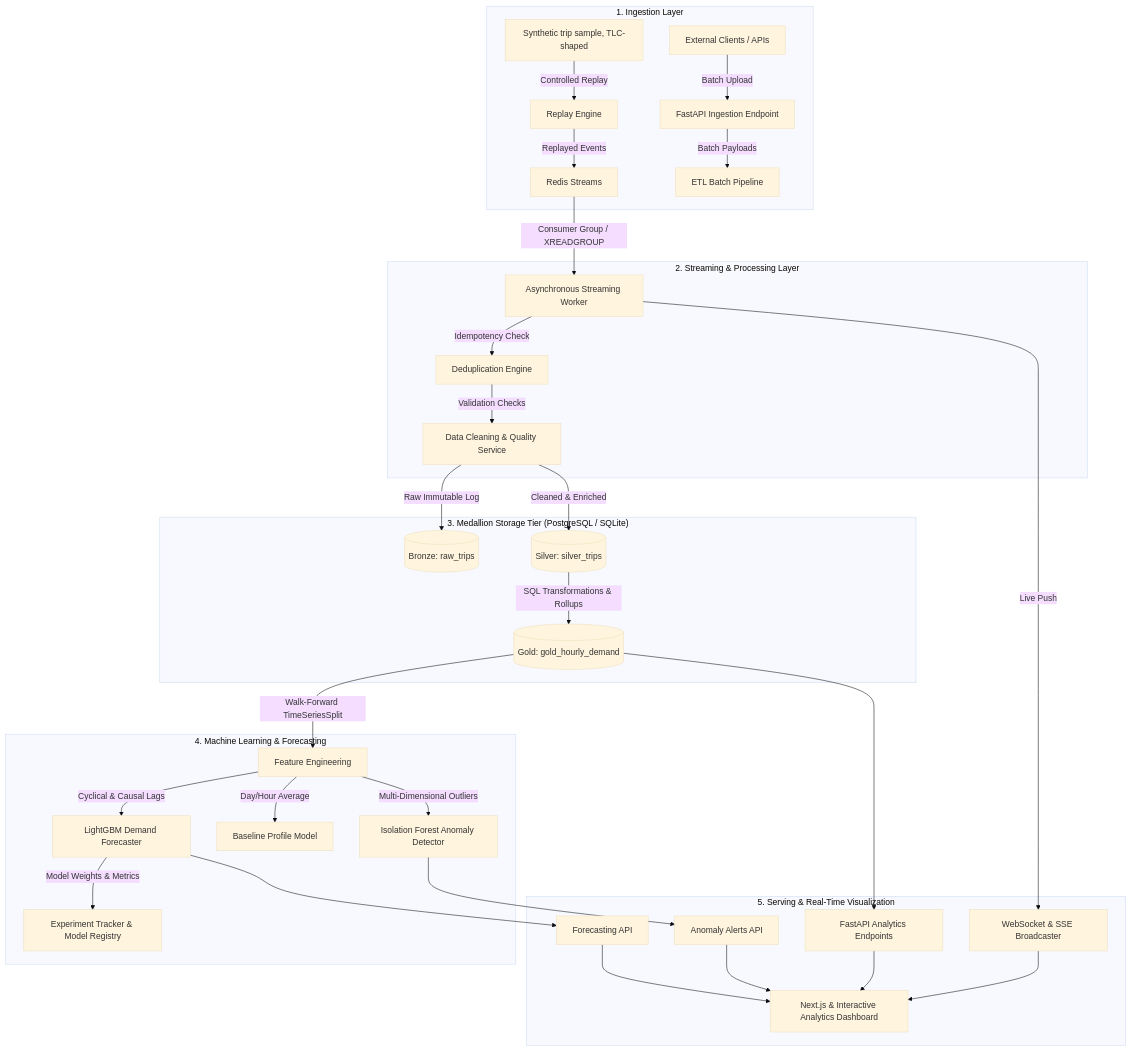
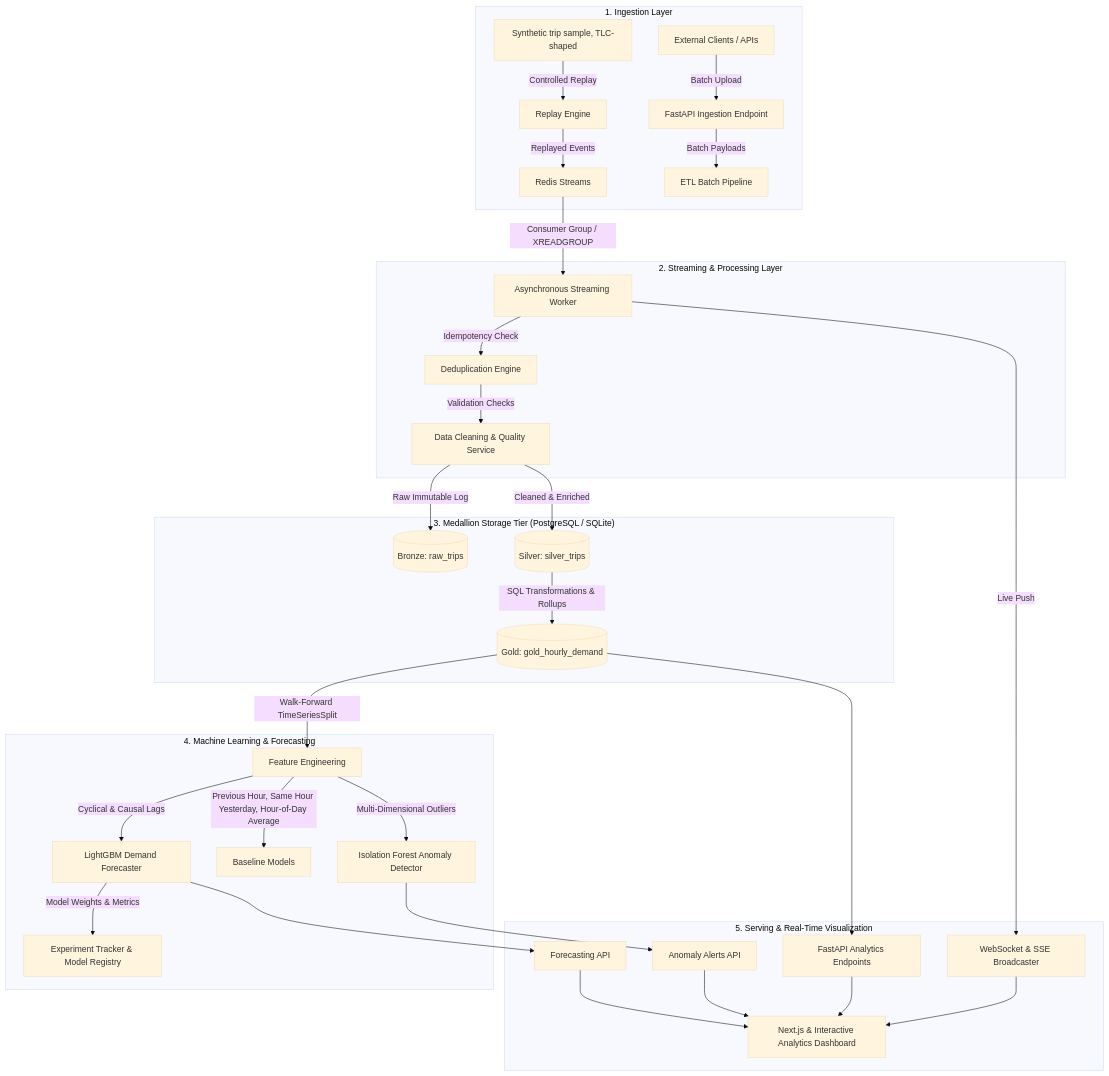
Before and after one commit to YahyaLendani/hailcast: the diagram in docs/architecture.md, drawn with Mermaid (base theme). The commit also changed 9 other files, not shown here.

````diff
--- a/docs/architecture.md
+++ b/docs/architecture.md
@@ -5,40 +5,40 @@
 ```mermaid
 flowchart TD
     subgraph INGESTION ["1. Ingestion Layer"]
         A1[Synthetic trip sample, TLC-shaped] -->|Controlled Replay| B1[Replay Engine]
         A2[External Clients / APIs] -->|Batch Upload| B2[FastAPI Ingestion Endpoint]
         B1 -->|Replayed Events| C1[Redis Streams]
         B2 -->|Batch Payloads| C2[ETL Batch Pipeline]
     end
 
     subgraph STREAMING ["2. Streaming & Processing Layer"]
         C1 -->|Consumer Group / XREADGROUP| D1[Asynchronous Streaming Worker]
         D1 -->|Idempotency Check| E1[Deduplication Engine]
         E1 -->|Validation Checks| F1[Data Cleaning & Quality Service]
     end
 
     subgraph STORAGE ["3. Medallion Storage Tier (PostgreSQL / SQLite)"]
         F1 -->|Raw Immutable Log| G1[(Bronze: raw_trips)]
         F1 -->|Cleaned & Enriched| G2[(Silver: silver_trips)]
         G2 -->|SQL Transformations & Rollups| G3[(Gold: gold_hourly_demand)]
     end
 
     subgraph ML ["4. Machine Learning & Forecasting"]
         G3 -->|Walk-Forward TimeSeriesSplit| H1[Feature Engineering]
         H1 -->|Cyclical & Causal Lags| H2[LightGBM Demand Forecaster]
-        H1 -->|Day/Hour Average| H3[Baseline Profile Model]
+        H1 -->|Previous Hour, Same Hour Yesterday, Hour-of-Day Average| H3[Baseline Models]
         H1 -->|Multi-Dimensional Outliers| H4[Isolation Forest Anomaly Detector]
         H2 -->|Model Weights & Metrics| I1[Experiment Tracker & Model Registry]
     end
 
     subgraph SERVING ["5. Serving & Real-Time Visualization"]
         G3 --> J1[FastAPI Analytics Endpoints]
         H2 --> J2[Forecasting API]
         H4 --> J3[Anomaly Alerts API]
         D1 -->|Live Push| K1[WebSocket & SSE Broadcaster]
         J1 --> L1[Next.js & Interactive Analytics Dashboard]
         J2 --> L1
         J3 --> L1
         K1 --> L1
     end
 ```
````
